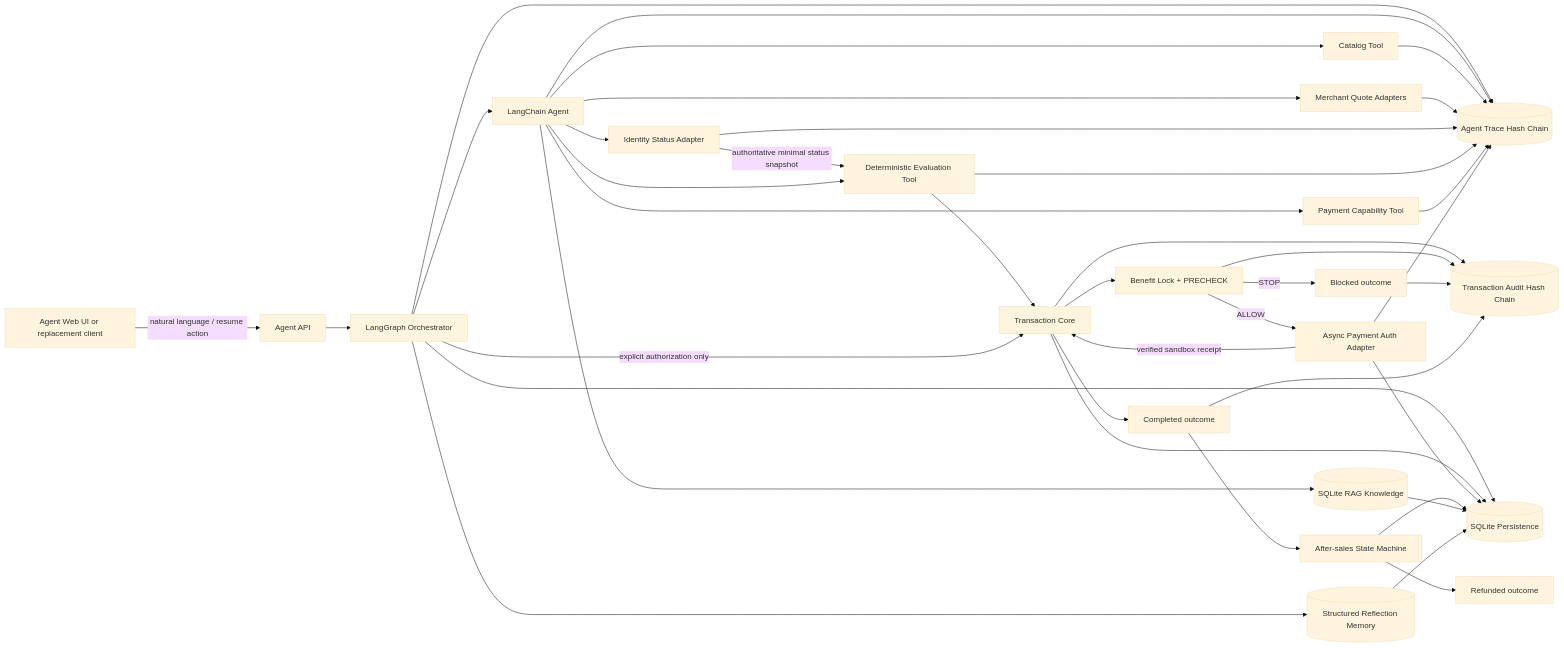
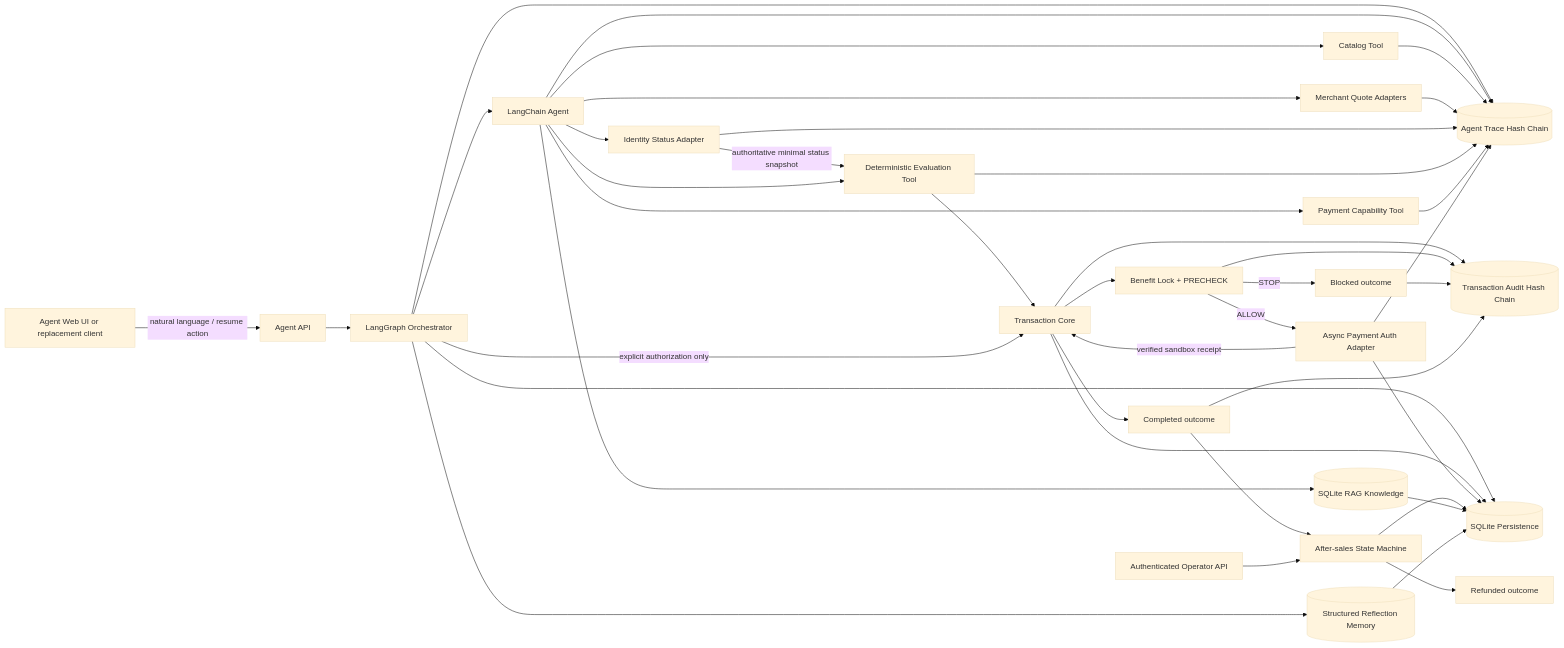
Before and after one commit to Sherlyn-Xia/CampusCart: the diagram in ARCHITECTURE.md, drawn with Mermaid (base theme). The commit also changed other lines of this file and 11 other files, not shown here.

Commit message:
feat: add authenticated operator after-sales workflow

````diff
--- a/ARCHITECTURE.md
+++ b/ARCHITECTURE.md
@@ -5,26 +5,27 @@
 ```mermaid
 flowchart LR
   UI[Agent Web UI or replacement client] -->|natural language / resume action| API[Agent API]
   API --> LG[LangGraph Orchestrator]
   LG --> LC[LangChain Agent]
   LC --> CAT[Catalog Tool]
   LC --> MQ[Merchant Quote Adapters]
   LC --> ID[Identity Status Adapter]
   ID -->|authoritative minimal status snapshot| RE
   LC --> RE[Deterministic Evaluation Tool]
   LC --> PM[Payment Capability Tool]
   LC --> KB[(SQLite RAG Knowledge)]
   RE --> TX[Transaction Core]
   LG -->|explicit authorization only| TX
   TX --> BL[Benefit Lock + PRECHECK]
   BL -->|STOP| STOP[Blocked outcome]
   BL -->|ALLOW| PA[Async Payment Auth Adapter]
   PA -->|verified sandbox receipt| TX
   TX --> DONE[Completed outcome]
   DONE --> AS[After-sales State Machine]
+  OP[Authenticated Operator API] --> AS
   AS --> REF[Refunded outcome]
   LG --> RM[(Structured Reflection Memory)]
   LG & TX & PA & AS & KB & RM --> DB[(SQLite Persistence)]
   LG & LC & CAT & MQ & ID & RE & PM & PA --> AT[(Agent Trace Hash Chain)]
   TX & BL & STOP & DONE --> TT[(Transaction Audit Hash Chain)]
 ```
````
